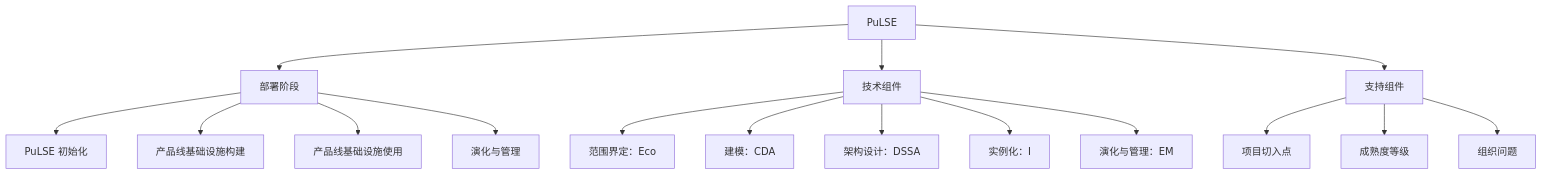
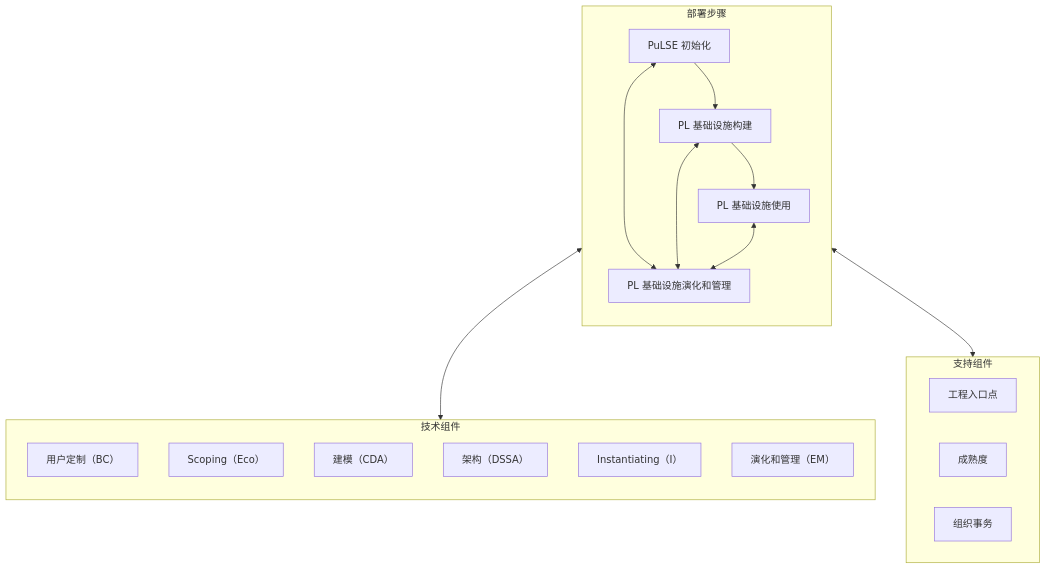
One commit to YoungHong1992/ruankao-senior-architecture-designer changed the seventh of 20 diagrams in 01.系统架构设计师教材-清洗版/第10章-软件架构的演化和维护.md. Above: the diagram before and after it, drawn with Mermaid. The commit also changed other lines of this file and 14 other files, not shown here.

Commit message:
fix: restore source-backed diagrams and exam variants

````diff
--- a/01.系统架构设计师教材-清洗版/第10章-软件架构的演化和维护.md
+++ b/01.系统架构设计师教材-清洗版/第10章-软件架构的演化和维护.md
@@ -491,21 +519,30 @@
 ```mermaid
 flowchart TD
-    PuLSE["PuLSE"] --> Deployment["部署阶段"]
-    PuLSE --> Technical["技术组件"]
-    PuLSE --> Support["支持组件"]
+    subgraph Deployment["部署步骤"]
+        direction TB
+        Init["PuLSE 初始化"] --> Build["PL 基础设施构建"] --> Use["PL 基础设施使用"]
+        Init <--> Evolution["PL 基础设施演化和管理"]
+        Build <--> Evolution
+        Use <--> Evolution
+    end
 
-    Deployment --> Init["PuLSE 初始化"]
-    Deployment --> Build["产品线基础设施构建"]
-    Deployment --> Use["产品线基础设施使用"]
-    Deployment --> Evolution["演化与管理"]
+    subgraph Technical["技术组件"]
+        direction TB
+        BC["用户定制（BC）"]
+        Eco["Scoping（Eco）"]
+        CDA["建模（CDA）"]
+        DSSA["架构（DSSA）"]
+        I["Instantiating（I）"]
+        EM["演化和管理（EM）"]
+    end
 
-    Technical --> Eco["范围界定：Eco"]
-    Technical --> CDA["建模：CDA"]
-    Technical --> DSSA["架构设计：DSSA"]
-    Technical --> I["实例化：I"]
-    Technical --> EM["演化与管理：EM"]
+    subgraph Support["支持组件"]
+        direction LR
+        Entry["工程入口点"]
+        Maturity["成熟度"]
+        Organization["组织事务"]
+    end
 
-    Support --> Entry["项目切入点"]
-    Support --> Maturity["成熟度等级"]
-    Support --> Organization["组织问题"]
+    Deployment <--> Technical
+    Deployment <--> Support
 ```
````
